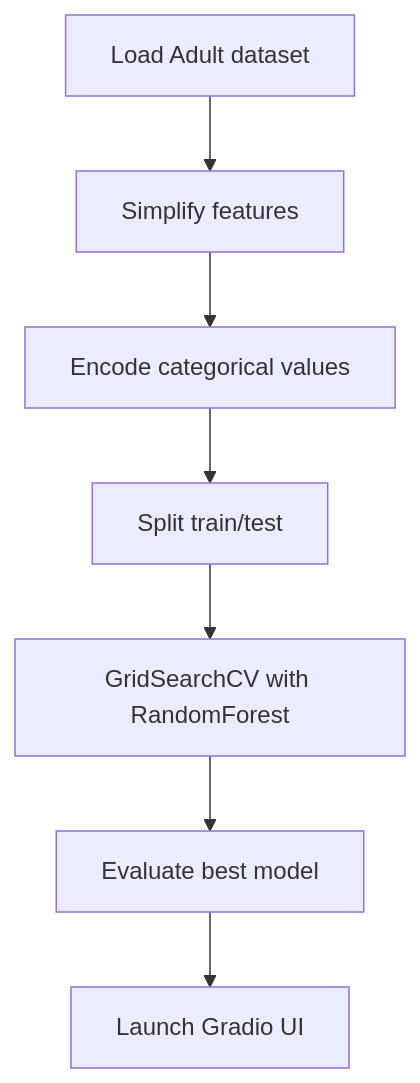
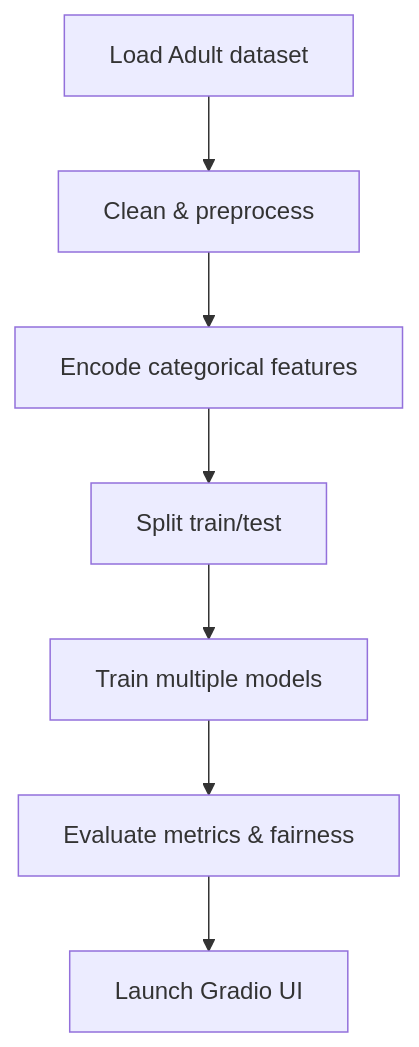
One commit to AdamLubinsky/CSC310_Final changed the diagram in README.md. Above: the diagram before and after it, drawn with Mermaid. The commit also changed other lines of this file, not shown here.

````diff
--- a/README.md
+++ b/README.md
@@ -12,9 +11,9 @@
 ```mermaid
 graph TD
-    A[Load Adult dataset] --> B[Simplify features]
-    B --> C[Encode categorical values]
+    A[Load Adult dataset] --> B[Clean & preprocess]
+    B --> C[Encode categorical features]
     C --> D[Split train/test]
-    D --> E[GridSearchCV with RandomForest]
-    E --> F[Evaluate best model]
+    D --> E[Train multiple models]
+    E --> F[Evaluate metrics & fairness]
     F --> G[Launch Gradio UI]
 ```
````
